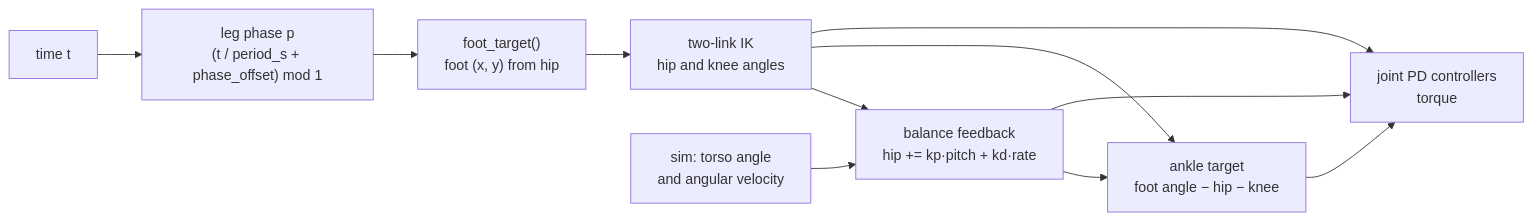
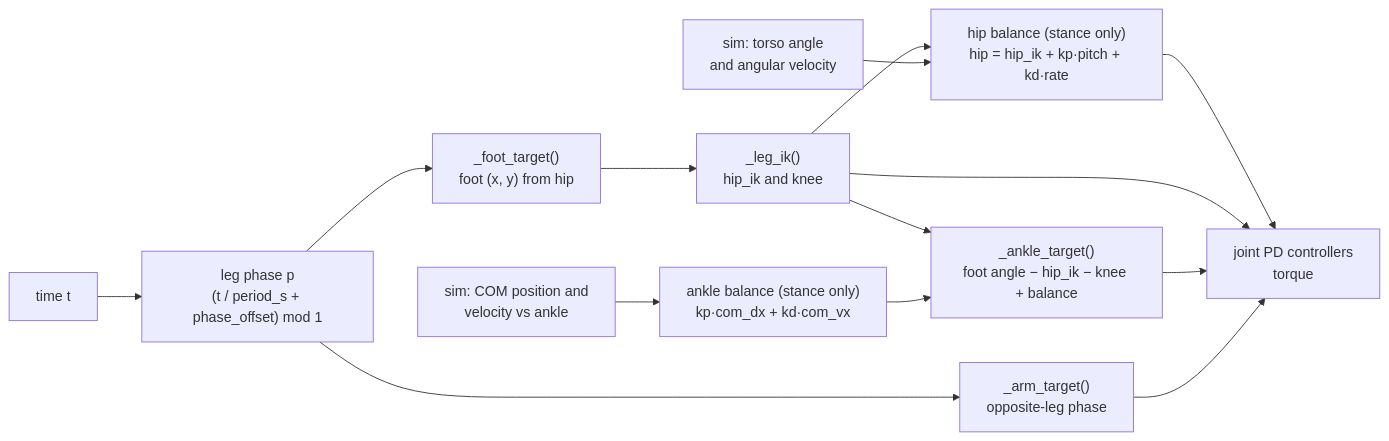
One commit to Martin-Jin/humanoid-walk changed the first of 3 diagrams in docs/gait.md. Above: the diagram before and after it, drawn with Mermaid. The commit also changed other lines of this file and 2 other files, not shown here.

````diff
--- a/docs/gait.md
+++ b/docs/gait.md
@@ -10,13 +11,16 @@
 ```mermaid
 flowchart LR
     T["time t"] --> P["leg phase p<br/>(t / period_s + phase_offset) mod 1"]
-    P --> F["foot_target()<br/>foot (x, y) from hip"]
-    F --> IK["two-link IK<br/>hip and knee angles"]
-    IK --> B["balance feedback<br/>hip += kp·pitch + kd·rate"]
-    S["sim: torso angle<br/>and angular velocity"] --> B
-    B --> A["ankle target<br/>foot angle − hip − knee"]
-    IK --> A
-    B --> PD["joint PD controllers<br/>torque"]
+    P --> F["_foot_target()<br/>foot (x, y) from hip"]
+    F --> IK["_leg_ik()<br/>hip_ik and knee"]
+    IK --> HB["hip balance (stance only)<br/>hip = hip_ik + kp·pitch + kd·rate"]
+    S["sim: torso angle<br/>and angular velocity"] --> HB
+    C["sim: COM position and<br/>velocity vs ankle"] --> AB["ankle balance (stance only)<br/>kp·com_dx + kd·com_vx"]
+    IK --> A["_ankle_target()<br/>foot angle − hip_ik − knee + balance"]
+    AB --> A
+    HB --> PD["joint PD controllers<br/>torque"]
     IK --> PD
     A --> PD
+    P --> AR["_arm_target()<br/>opposite-leg phase"]
+    AR --> PD
 ```
````
